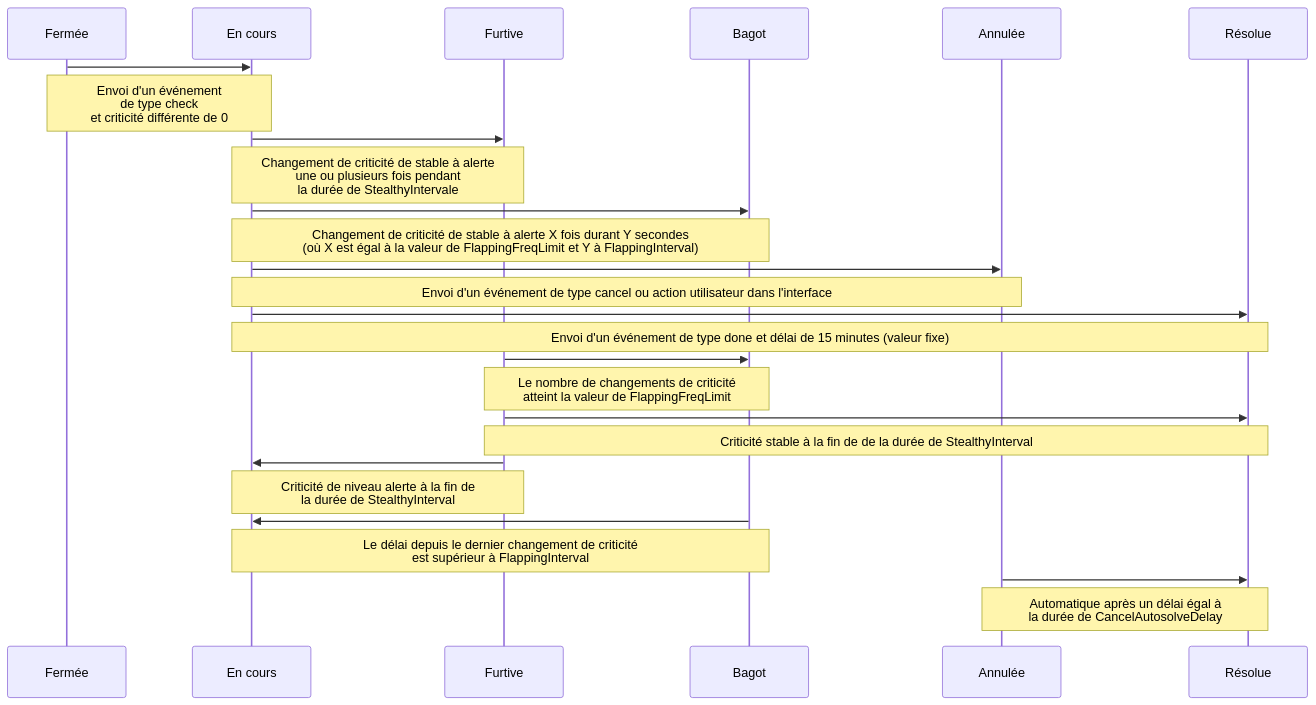
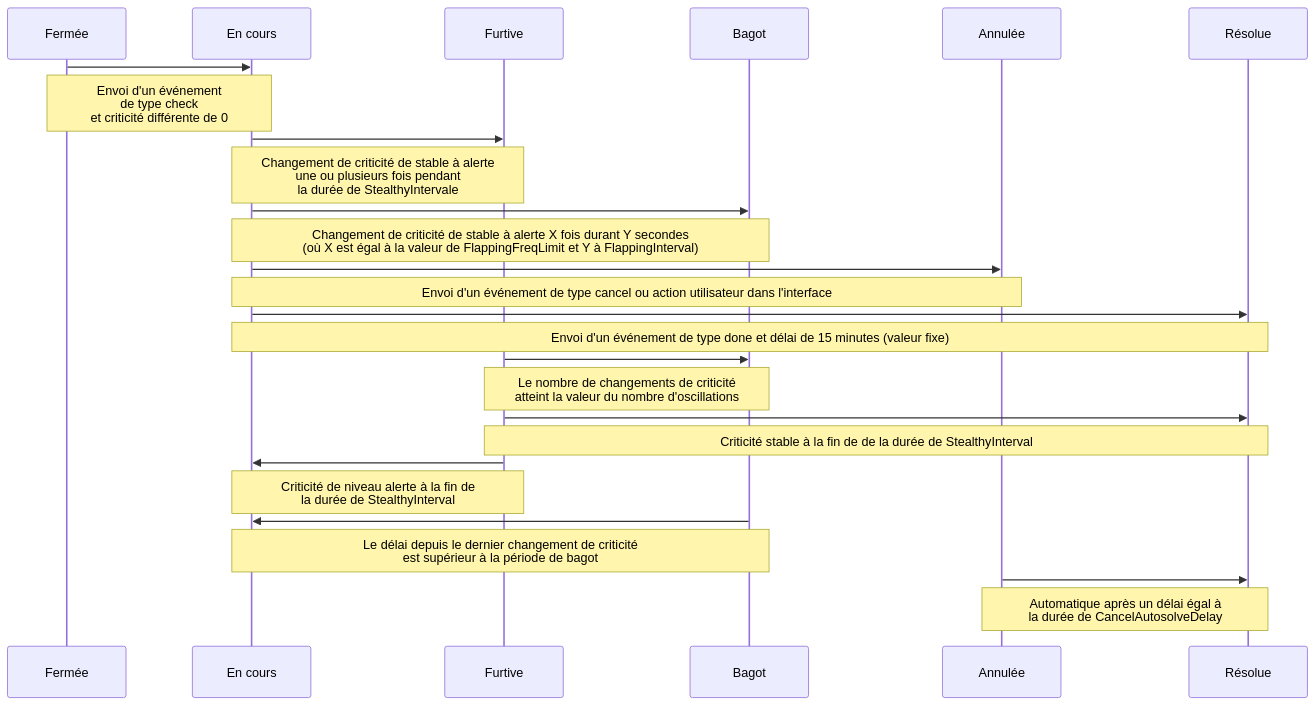
Before and after one commit to capensis/canopsis: the diagram in community/sources/docs/fr/guide-utilisation/vocabulaire/index.md, drawn with Mermaid. The commit also changed other lines of this file, not shown here.

Commit message:
update bagot defs in voca

````diff
--- a/community/sources/docs/fr/guide-utilisation/vocabulaire/index.md
+++ b/community/sources/docs/fr/guide-utilisation/vocabulaire/index.md
@@ -145,39 +145,39 @@
 ```mermaid
 sequenceDiagram
 participant Fermée
 participant En cours
 participant Furtive
 participant Bagot
 participant Annulée
 participant Résolue
 
 Fermée ->> En cours:   
 Note over Fermée, En cours: Envoi d'un événement <br/> de type check <br/> et criticité différente de 0
 
 En cours ->> Furtive:   
 Note over En cours, Furtive: Changement de criticité de stable à alerte <br/> une ou plusieurs fois pendant <br/> la durée de StealthyIntervale
 
 En cours ->> Bagot:   
 Note over En cours, Bagot: Changement de criticité de stable à alerte X fois durant Y secondes <br/> (où X est égal à la valeur de FlappingFreqLimit et Y à FlappingInterval)
 
 En cours ->> Annulée:   
 Note over En cours, Annulée: Envoi d'un événement de type cancel ou action utilisateur dans l'interface
 
 En cours ->> Résolue:   
 Note over En cours, Résolue: Envoi d'un événement de type done et délai de 15 minutes (valeur fixe)
 
 Furtive ->> Bagot:   
-Note over Furtive, Bagot: Le nombre de changements de criticité <br/> atteint la valeur de FlappingFreqLimit
+Note over Furtive, Bagot: Le nombre de changements de criticité <br/> atteint la valeur du nombre d'oscillations
 
 Furtive ->> Résolue:   
 Note over Furtive, Résolue: Criticité stable à la fin de de la durée de StealthyInterval
 
 Furtive ->> En cours:   
 Note over Furtive, En cours: Criticité de niveau alerte à la fin de <br /> la durée de StealthyInterval
 
 Bagot ->> En cours:   
-Note over Bagot, En cours: Le délai depuis le dernier changement de criticité <br/> est supérieur à FlappingInterval
+Note over Bagot, En cours: Le délai depuis le dernier changement de criticité <br/> est supérieur à la période de bagot
 
 Annulée ->> Résolue:   
 Note over Annulée, Résolue: Automatique après un délai égal à <br/> la durée de CancelAutosolveDelay
 ```
````
